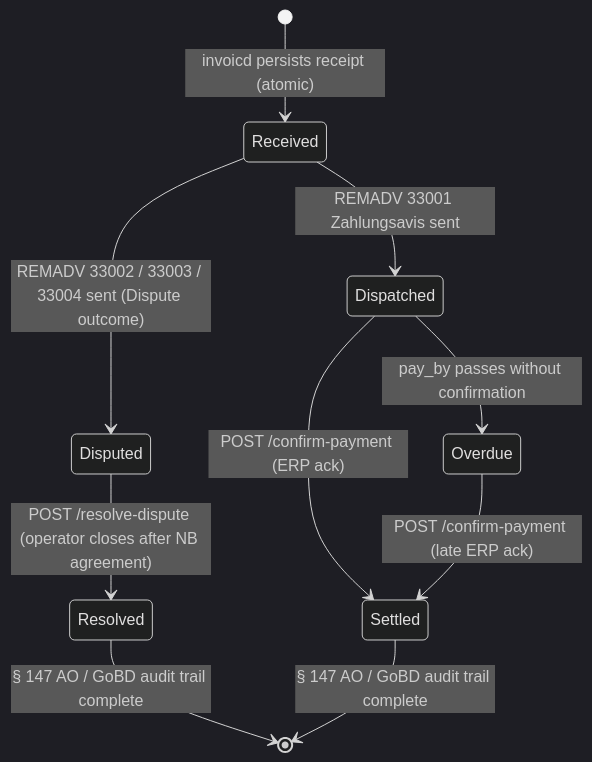
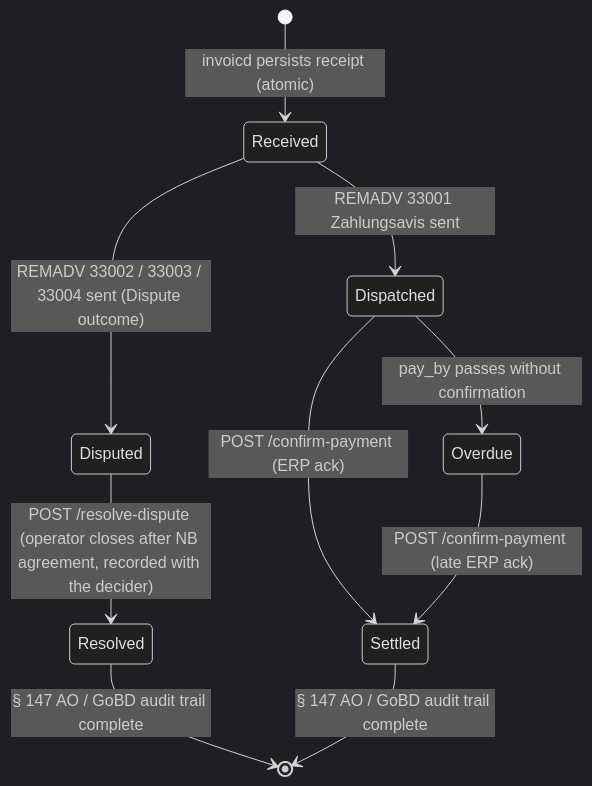
The second of 2 diagrams in site/content/docs/services/invoicd.md (hupe1980/mako), drawn with Mermaid (dark theme) before and after one commit. The commit also changed other lines of this file and 170 other files, not shown here.

````diff
--- a/site/content/docs/services/invoicd.md
+++ b/site/content/docs/services/invoicd.md
@@ -349,12 +357,12 @@
 ```mermaid
 stateDiagram-v2
     [*] --> Received : invoicd persists receipt (atomic)
     Received --> Dispatched : REMADV 33001 Zahlungsavis sent
     Received --> Disputed : REMADV 33002 / 33003 / 33004 sent (Dispute outcome)
     Dispatched --> Settled : POST /confirm-payment (ERP ack)
     Dispatched --> Overdue : pay_by passes without confirmation
     Overdue --> Settled : POST /confirm-payment (late ERP ack)
-    Disputed --> Resolved : POST /resolve-dispute (operator closes after NB agreement)
+    Disputed --> Resolved : POST /resolve-dispute (operator closes after NB agreement, recorded with the decider)
     Resolved --> [*] : § 147 AO / GoBD audit trail complete
     Settled --> [*] : § 147 AO / GoBD audit trail complete
 ```
````
